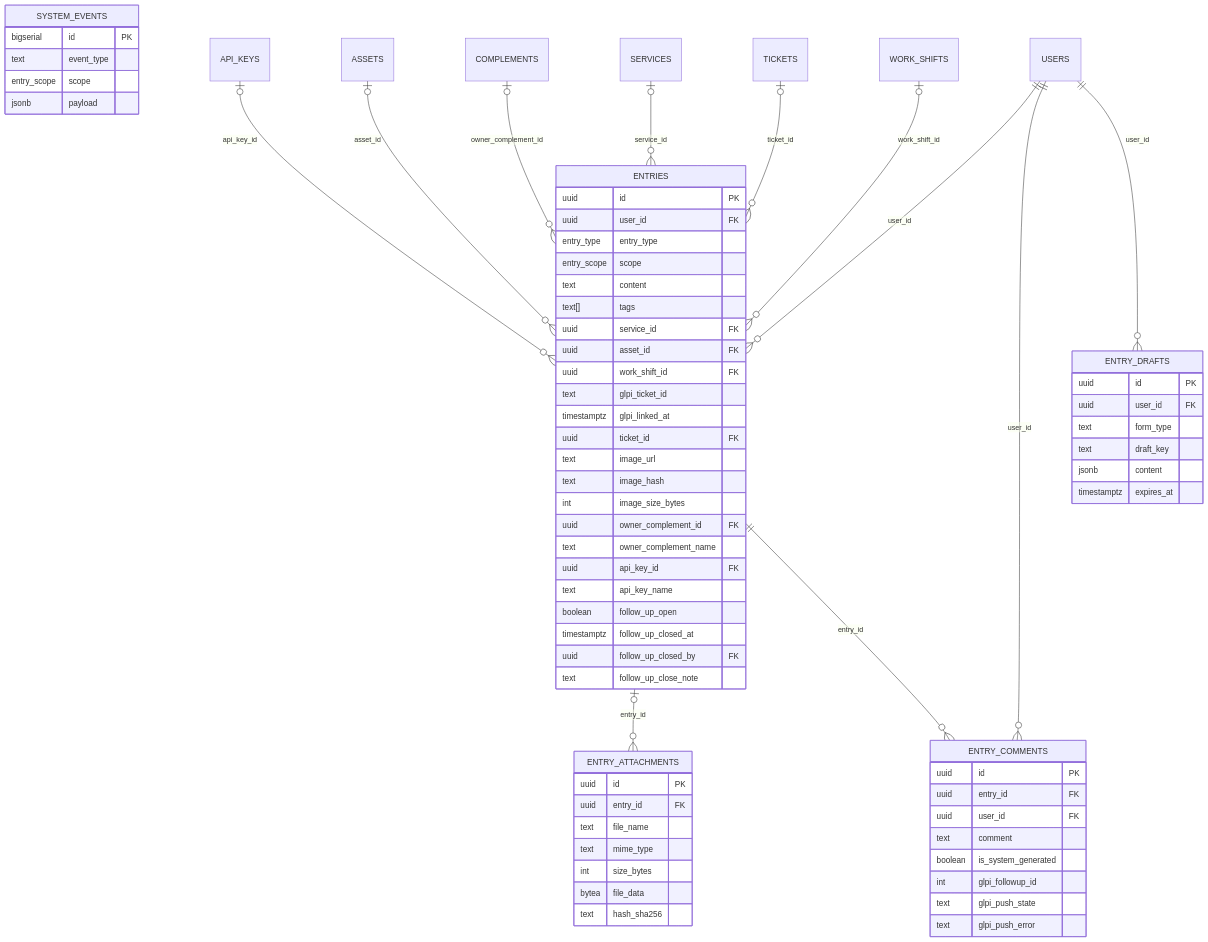
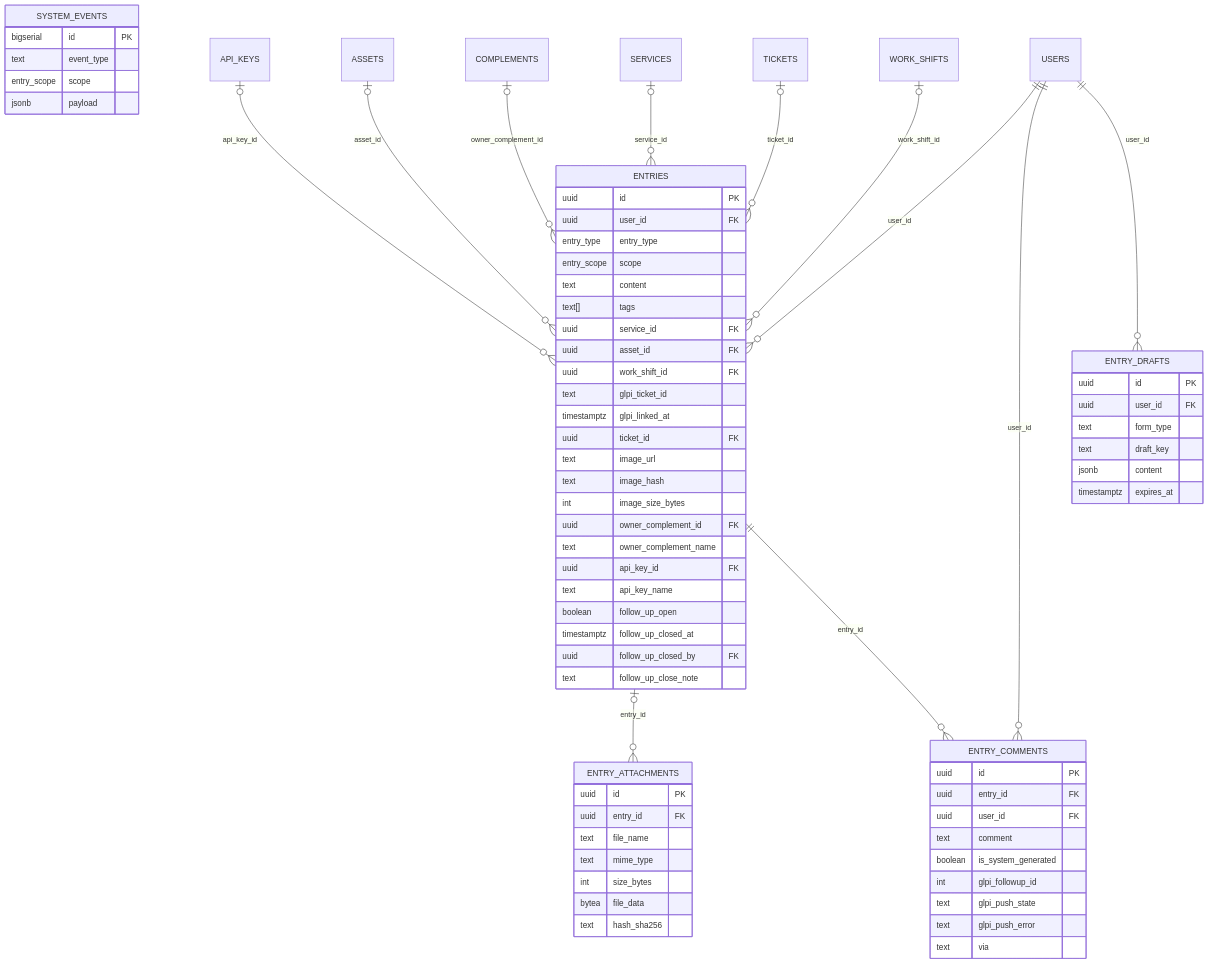
Before and after one commit to athomo001/BitacoraSOC: diagram 12 of 17 in docs/modelo-de-datos.md, drawn with Mermaid. The commit also changed other lines of this file and 82 other files, not shown here.

````diff
--- a/docs/modelo-de-datos.md
+++ b/docs/modelo-de-datos.md
@@ -1478,73 +1484,74 @@
 ```mermaid
 erDiagram
     ENTRIES {
         uuid id PK
         uuid user_id FK
         entry_type entry_type
         entry_scope scope
         text content
         text[] tags
         uuid service_id FK
         uuid asset_id FK
         uuid work_shift_id FK
         text glpi_ticket_id
         timestamptz glpi_linked_at
         uuid ticket_id FK
         text image_url
         text image_hash
         int image_size_bytes
         uuid owner_complement_id FK
         text owner_complement_name
         uuid api_key_id FK
         text api_key_name
         boolean follow_up_open
         timestamptz follow_up_closed_at
         uuid follow_up_closed_by FK
         text follow_up_close_note
     }
     ENTRY_COMMENTS {
         uuid id PK
         uuid entry_id FK
         uuid user_id FK
         text comment
         boolean is_system_generated
         int glpi_followup_id
         text glpi_push_state
         text glpi_push_error
+        text via
     }
     ENTRY_ATTACHMENTS {
         uuid id PK
         uuid entry_id FK
         text file_name
         text mime_type
         int size_bytes
         bytea file_data
         text hash_sha256
     }
     ENTRY_DRAFTS {
         uuid id PK
         uuid user_id FK
         text form_type
         text draft_key
         jsonb content
         timestamptz expires_at
     }
     SYSTEM_EVENTS {
         bigserial id PK
         text event_type
         entry_scope scope
         jsonb payload
     }
 
     API_KEYS |o--o{ ENTRIES : "api_key_id"
     ASSETS |o--o{ ENTRIES : "asset_id"
     COMPLEMENTS |o--o{ ENTRIES : "owner_complement_id"
     ENTRIES |o--o{ ENTRY_ATTACHMENTS : "entry_id"
     ENTRIES ||--o{ ENTRY_COMMENTS : "entry_id"
     SERVICES |o--o{ ENTRIES : "service_id"
     TICKETS |o--o{ ENTRIES : "ticket_id"
     USERS ||--o{ ENTRIES : "user_id"
     USERS ||--o{ ENTRY_COMMENTS : "user_id"
     USERS ||--o{ ENTRY_DRAFTS : "user_id"
     WORK_SHIFTS |o--o{ ENTRIES : "work_shift_id"
 ```
````
